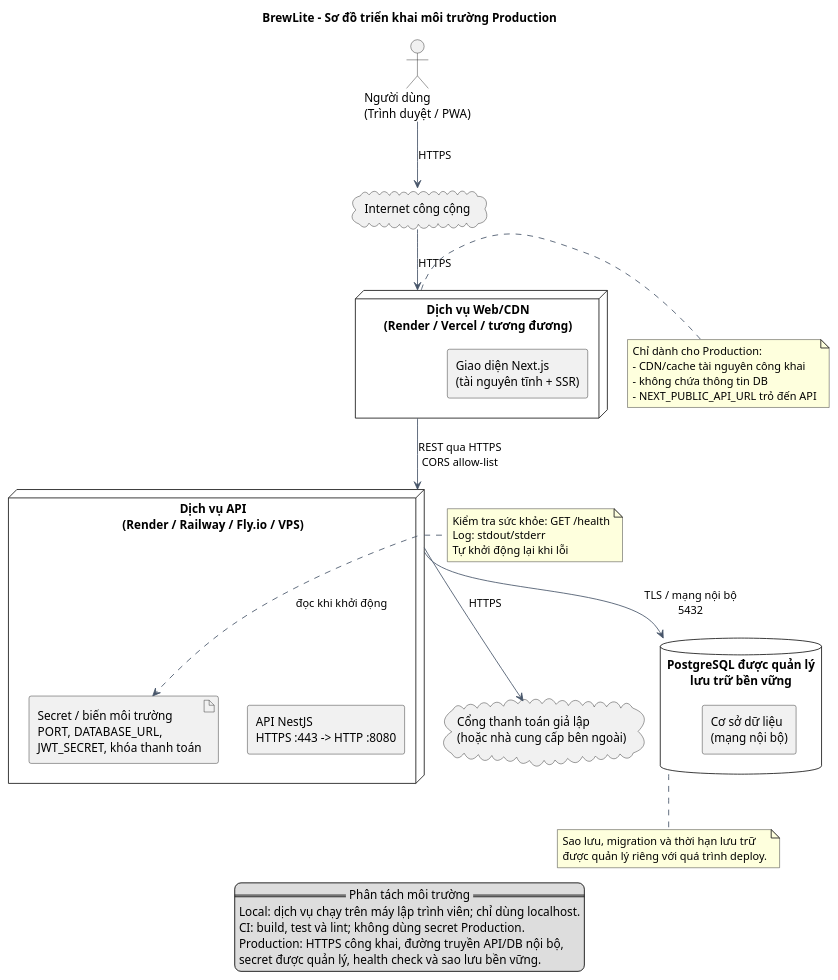
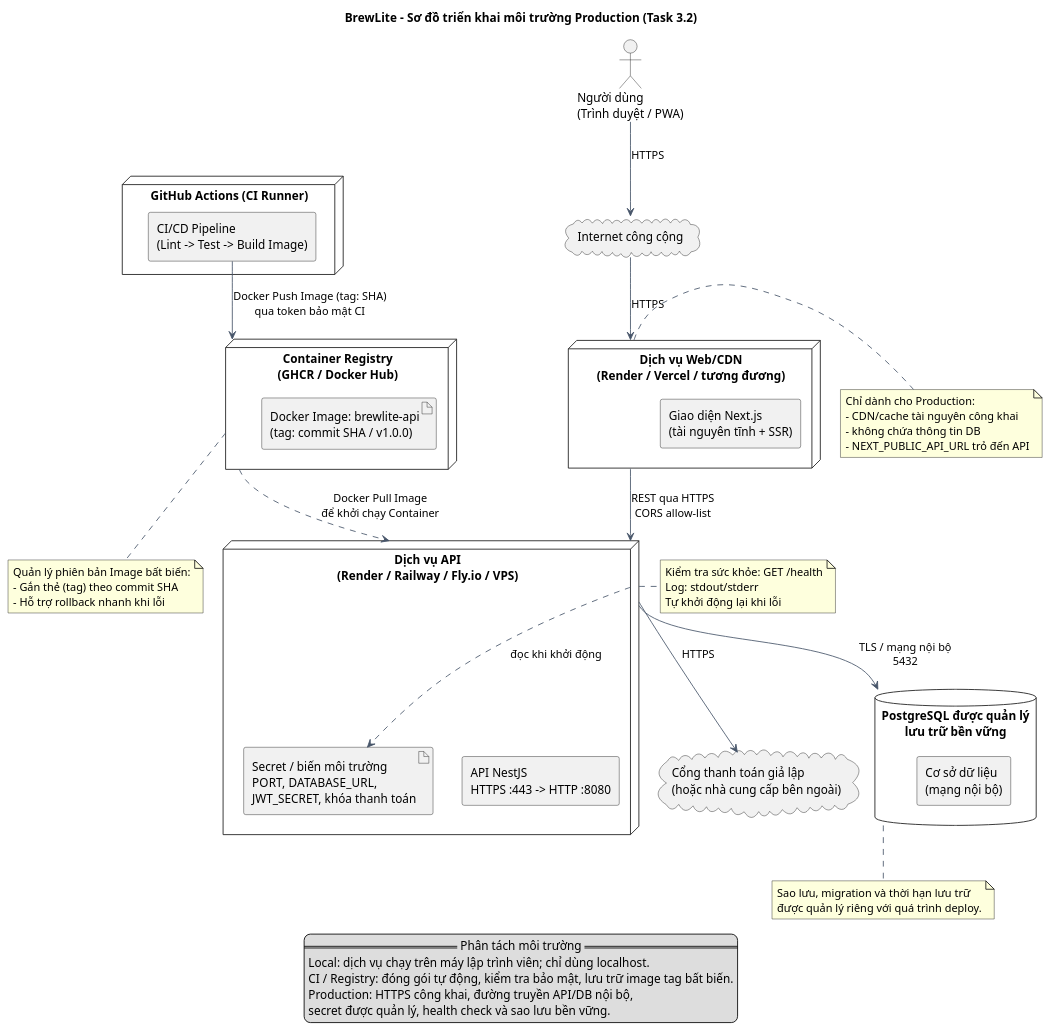
One commit to dangtuan992006/SWE_Project_Assignment2 changed the diagram in docs/diagrams/deployment.puml. Above: the diagram before and after it, drawn with PlantUML. The commit also changed 1 other file, not shown here.

Commit message:
[Docs]: bổ sung Container Registry và CI runner vào sơ đồ deployment.puml và deployment.svg

```diff
--- a/docs/diagrams/deployment.puml
+++ b/docs/diagrams/deployment.puml
@@ -1,61 +1,80 @@
 @startuml
-title BrewLite - Sơ đồ triển khai môi trường Production
+title BrewLite - Sơ đồ triển khai môi trường Production (Task 3.2)
 
 skinparam shadowing false
 skinparam componentStyle rectangle
 skinparam defaultFontName Arial
 skinparam ArrowColor #475569
 skinparam packageStyle rectangle
 
 actor "Người dùng\n(Trình duyệt / PWA)" as user
 
 cloud "Internet công cộng" as internet
+
+node "GitHub Actions (CI Runner)" as ci {
+  component "CI/CD Pipeline\n(Lint -> Test -> Build Image)" as pipeline
+}
+
+node "Container Registry\n(GHCR / Docker Hub)" as registry {
+  artifact "Docker Image: brewlite-api\n(tag: commit SHA / v1.0.0)" as image
+}
 
 node "Dịch vụ Web/CDN\n(Render / Vercel / tương đương)" as web {
   component "Giao diện Next.js\n(tài nguyên tĩnh + SSR)" as next
 }
 
 node "Dịch vụ API\n(Render / Railway / Fly.io / VPS)" as api {
   component "API NestJS\nHTTPS :443 -> HTTP :8080" as nest
   artifact "Secret / biến môi trường\nPORT, DATABASE_URL,\nJWT_SECRET, khóa thanh toán" as secrets
 }
 
 database "PostgreSQL được quản lý\nlưu trữ bền vững" as db {
   component "Cơ sở dữ liệu\n(mạng nội bộ)" as postgres
 }
 
 cloud "Cổng thanh toán giả lập\n(hoặc nhà cung cấp bên ngoài)" as payment
 
+' Luồng đóng gói & phát hành container
+pipeline --> registry : Docker Push Image (tag: SHA)\nqua token bảo mật CI
+registry ..> api : Docker Pull Image\nđể khởi chạy Container
+
+' Luồng người dùng & runtime production
 user --> internet : HTTPS
 internet --> web : HTTPS
 web --> api : REST qua HTTPS\nCORS allow-list
 api --> db : TLS / mạng nội bộ\n5432
 api --> payment : HTTPS
 api ..> secrets : đọc khi khởi động
 
 note right of web
 Chỉ dành cho Production:
 - CDN/cache tài nguyên công khai
 - không chứa thông tin DB
 - NEXT_PUBLIC_API_URL trỏ đến API
 end note
 
 note right of api
 Kiểm tra sức khỏe: GET /health
 Log: stdout/stderr
 Tự khởi động lại khi lỗi
 end note
 
+note bottom of registry
+Quản lý phiên bản Image bất biến:
+- Gắn thẻ (tag) theo commit SHA
+- Hỗ trợ rollback nhanh khi lỗi
+end note
+
 note bottom of db
 Sao lưu, migration và thời hạn lưu trữ
 được quản lý riêng với quá trình deploy.
 end note
 
 legend
   == Phân tách môi trường ==
   Local: dịch vụ chạy trên máy lập trình viên; chỉ dùng localhost.
-  CI: build, test và lint; không dùng secret Production.
+  CI / Registry: đóng gói tự động, kiểm tra bảo mật, lưu trữ image tag bất biến.
   Production: HTTPS công khai, đường truyền API/DB nội bộ,
   secret được quản lý, health check và sao lưu bền vững.
 endlegend
 @enduml
```
